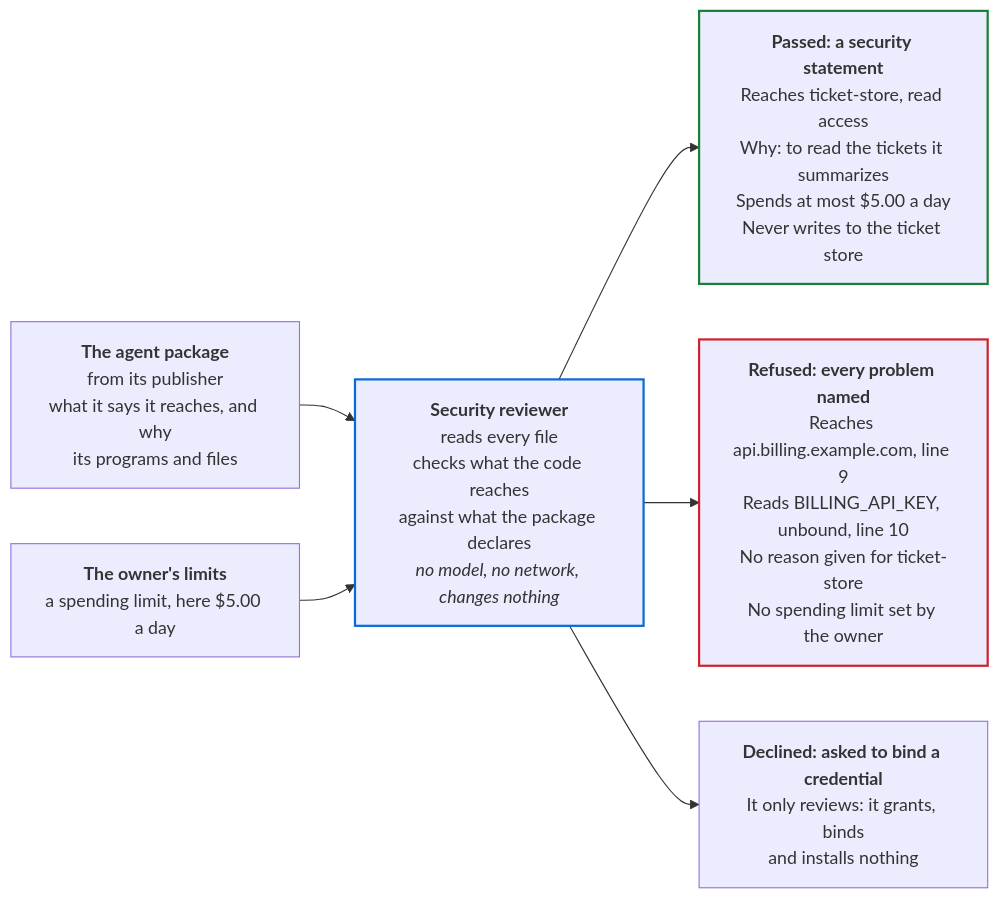
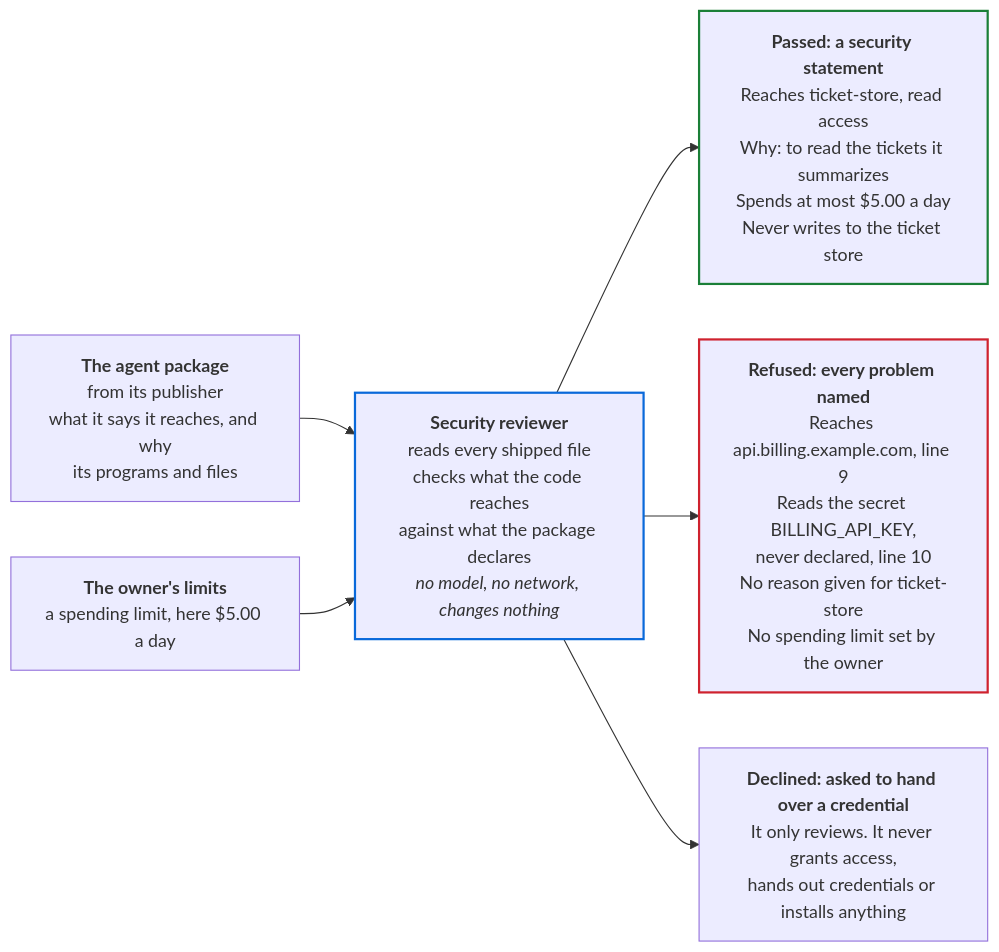
Before and after one commit to PaulDuvall/adlc-security-reviewer: the first of 3 diagrams in README.md, drawn with Mermaid. The commit also changed other lines of this file, not shown here.

First line of the commit message:
README: correct what the fact-check found, in plainer words

````diff
--- a/README.md
+++ b/README.md
@@ -34,20 +35,20 @@
 ```mermaid
 flowchart LR
   pkg["<b>The agent package</b><br/>from its publisher<br/>what it says it reaches, and why<br/>its programs and files"]
   lim["<b>The owner's limits</b><br/>a spending limit, here $5.00 a day"]
-  rev["<b>Security reviewer</b><br/>reads every file<br/>checks what the code reaches<br/>against what the package declares<br/><i>no model, no network, changes nothing</i>"]
+  rev["<b>Security reviewer</b><br/>reads every shipped file<br/>checks what the code reaches<br/>against what the package declares<br/><i>no model, no network, changes nothing</i>"]
   pass["<b>Passed: a security statement</b><br/>Reaches ticket-store, read access<br/>Why: to read the tickets it summarizes<br/>Spends at most $5.00 a day<br/>Never writes to the ticket store"]
-  ref["<b>Refused: every problem named</b><br/>Reaches api.billing.example.com, line 9<br/>Reads BILLING_API_KEY, unbound, line 10<br/>No reason given for ticket-store<br/>No spending limit set by the owner"]
-  dec["<b>Declined: asked to bind a credential</b><br/>It only reviews: it grants, binds<br/>and installs nothing"]
+  ref["<b>Refused: every problem named</b><br/>Reaches api.billing.example.com, line 9<br/>Reads the secret BILLING_API_KEY,<br/>never declared, line 10<br/>No reason given for ticket-store<br/>No spending limit set by the owner"]
+  dec["<b>Declined: asked to hand over a credential</b><br/>It only reviews. It never grants access,<br/>hands out credentials or installs anything"]
   pkg --> rev
   lim --> rev
   rev --> pass
   rev --> ref
   rev --> dec
   classDef gate stroke:#0969da,stroke-width:2px
   classDef ok stroke:#1a7f37,stroke-width:2px
   classDef no stroke:#cf222e,stroke-width:2px
   class rev gate
   class pass ok
   class ref no
 ```
````
